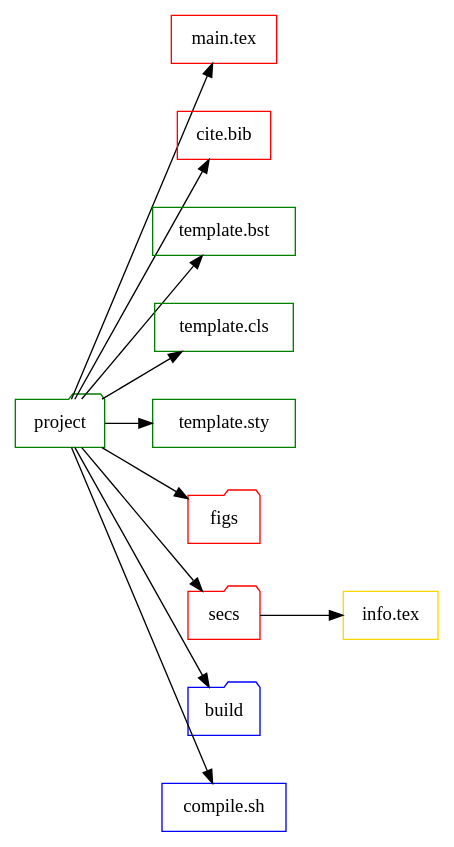
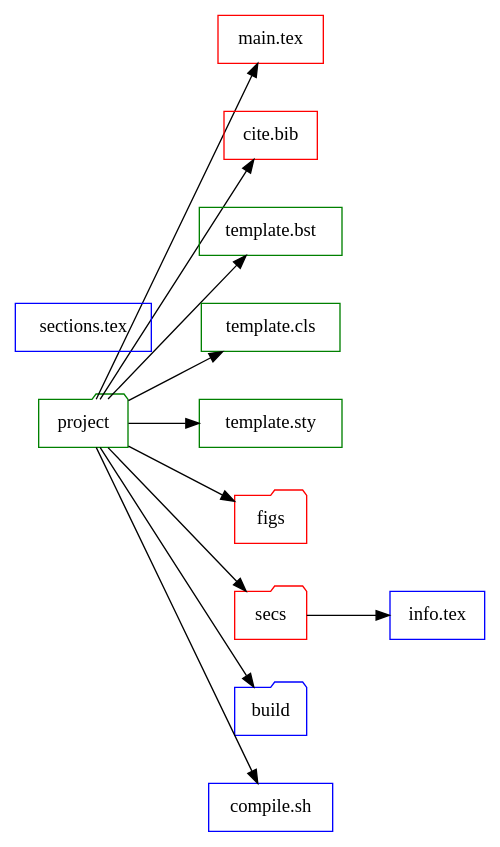
One commit to bwtian/texTemplate changed the diagram in texTemplate.org. Above: the diagram before and after it, drawn with Graphviz. The commit also changed other lines of this file, not shown here.

Commit message:
/ ‘texTemplate.org’

```diff
--- a/texTemplate.org
+++ b/texTemplate.org
@@ -4,28 +4,29 @@
 #+BEGIN_SRC dot :file ./texTemplate.svg
   digraph {
   rankdir = LR
   fontname="Times";
   fontsize = 12;
   splines = false;
   ranksep = 0.5;
   nodesep = 0.5;
   node [shape = box]
   //1. set node
   proj [label = "project", color = green, shape="folder"]
-  info [label = "info.tex", color = gold]
+  info [label = "info.tex", color = blue]
+  secs [label = "sections.tex", color = blue]
   main [label = "main.tex", color = red]
   bib [label = "cite.bib", color = red]
   bst [label = "template.bst", color = green]
   cls [label = "template.cls", color = green]
   sty [label = "template.sty", color = green]
   fig [label = "figs", color=red, shape="folder"]
   sec [label = "secs", color=red, shape="folder"]
   build [label  = "build", color = blue, shape="folder"]
   gen [label = "compile.sh", color = blue]
   //2. set path
   proj -> {fig sec main bib sty bst cls build gen}
   sec -> {info}
   //3. set rank
 
   }
 #+END_SRC
```
